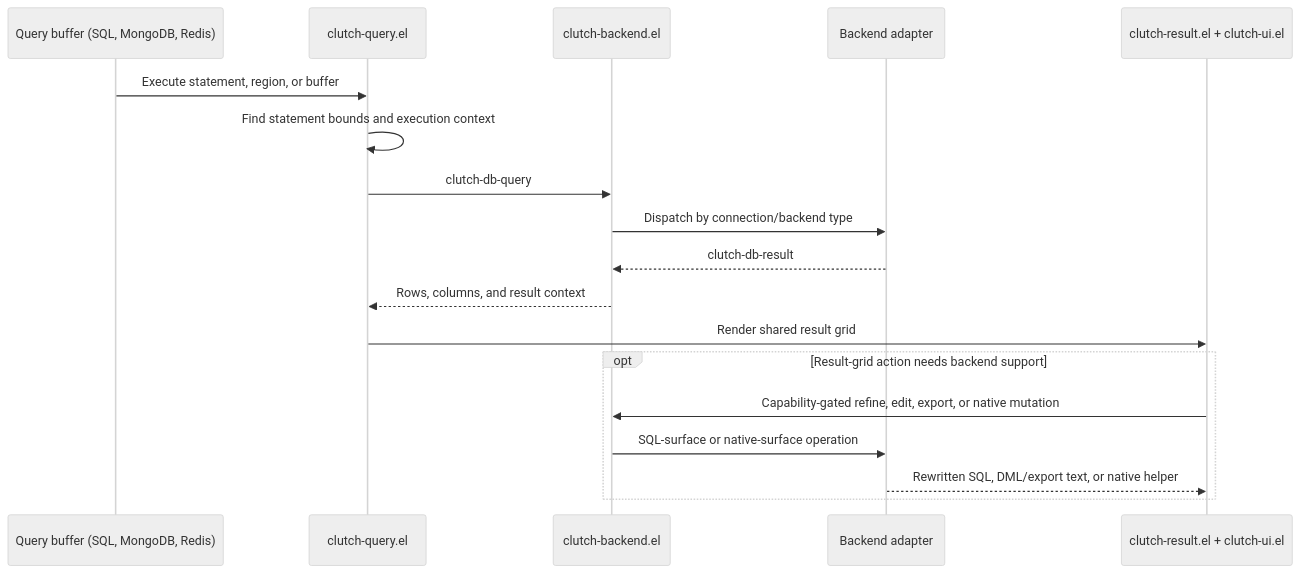
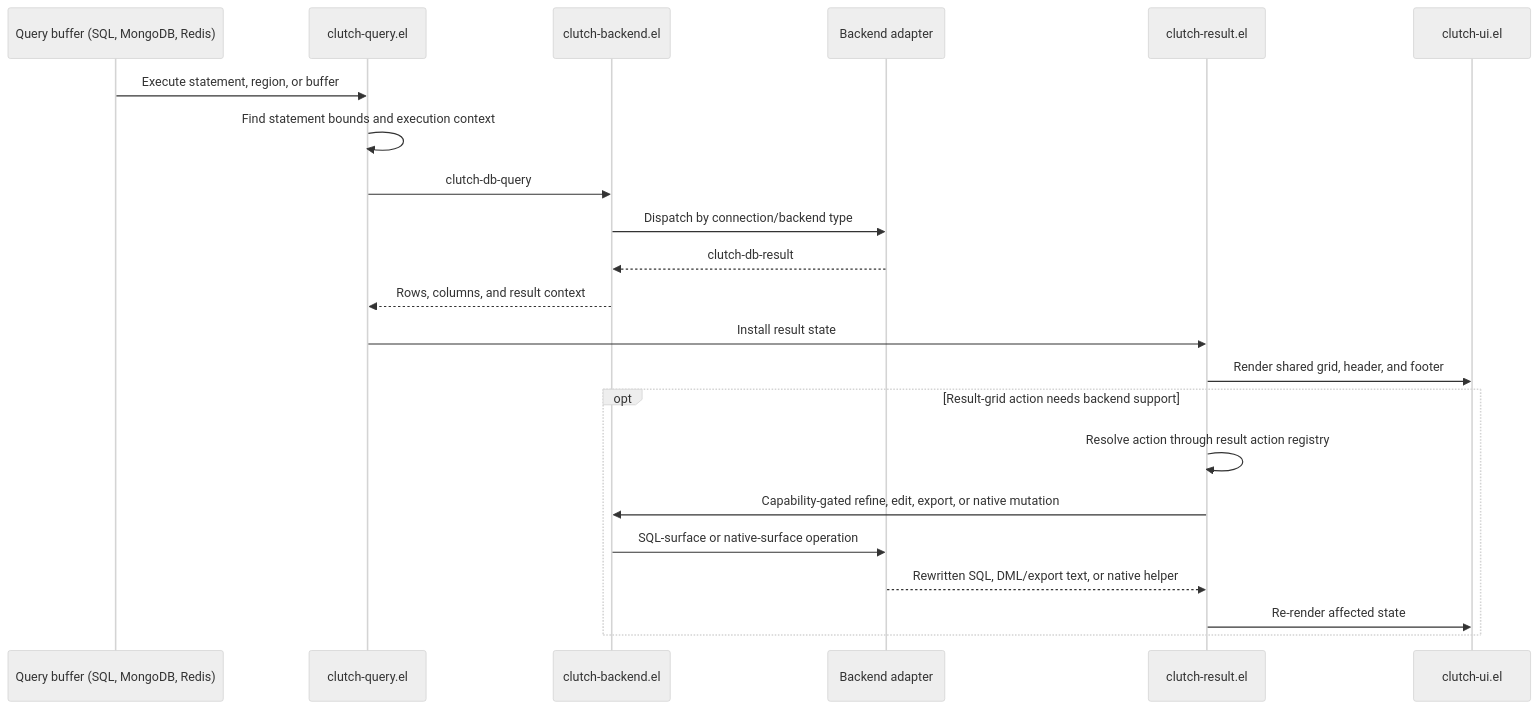
One commit to LuciusChen/clutch changed the fourth of 6 diagrams in docs/architecture.md. Above: the diagram before and after it, drawn with Mermaid (neutral theme). The commit also changed other lines of this file and 10 other files, not shown here.

Commit message:
Refine result action ownership

````diff
--- a/docs/architecture.md
+++ b/docs/architecture.md
@@ -202,21 +206,25 @@
 ```mermaid
 sequenceDiagram
   participant Buffer as Query buffer (SQL, MongoDB, Redis)
   participant Query as clutch-query.el
   participant Backend as clutch-backend.el
   participant Adapter as Backend adapter
-  participant Result as clutch-result.el + clutch-ui.el
+  participant Result as clutch-result.el
+  participant UI as clutch-ui.el
 
   Buffer->>Query: Execute statement, region, or buffer
   Query->>Query: Find statement bounds and execution context
   Query->>Backend: clutch-db-query
   Backend->>Adapter: Dispatch by connection/backend type
   Adapter-->>Backend: clutch-db-result
   Backend-->>Query: Rows, columns, and result context
-  Query->>Result: Render shared result grid
+  Query->>Result: Install result state
+  Result->>UI: Render shared grid, header, and footer
   opt Result-grid action needs backend support
+    Result->>Result: Resolve action through result action registry
     Result->>Backend: Capability-gated refine, edit, export, or native mutation
     Backend->>Adapter: SQL-surface or native-surface operation
     Adapter-->>Result: Rewritten SQL, DML/export text, or native helper
+    Result->>UI: Re-render affected state
   end
 ```
````
